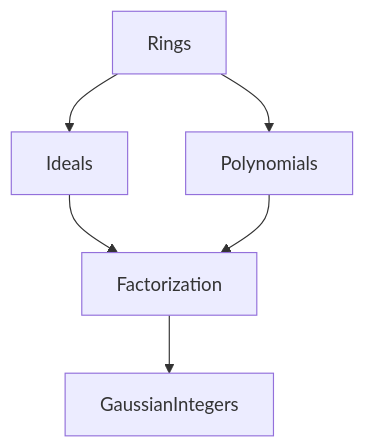
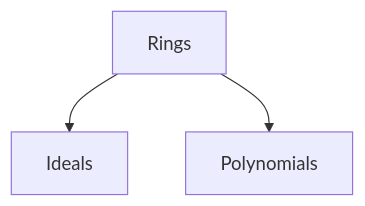
One commit to aimmerwahr/lean-math-exercises changed the diagram in Exercises/RingTheory/00RingTheory.md. Above: the diagram before and after it, drawn with Mermaid. The commit also changed 3 other files, not shown here.

````diff
--- a/Exercises/RingTheory/00RingTheory.md
+++ b/Exercises/RingTheory/00RingTheory.md
@@ -19,8 +19,5 @@
 ```mermaid
 graph TD
   Rings --> Ideals
   Rings --> Polynomials
-  Ideals --> Factorization
-  Polynomials --> Factorization
-  Factorization --> GaussianIntegers
 ```
````
